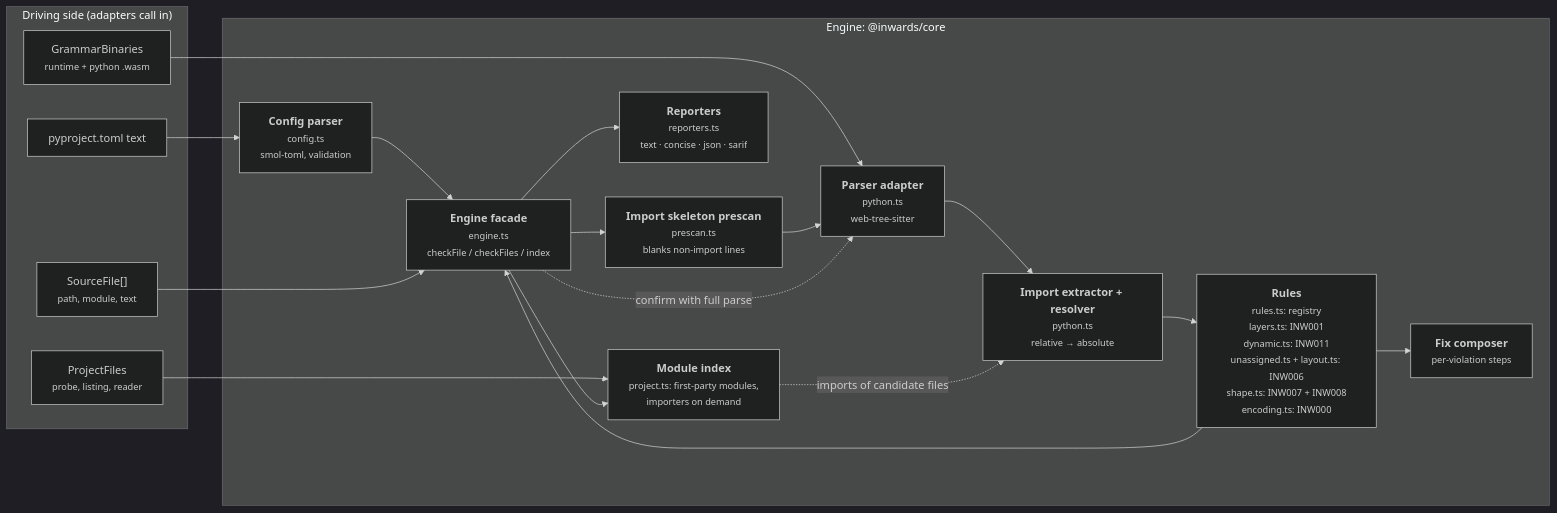
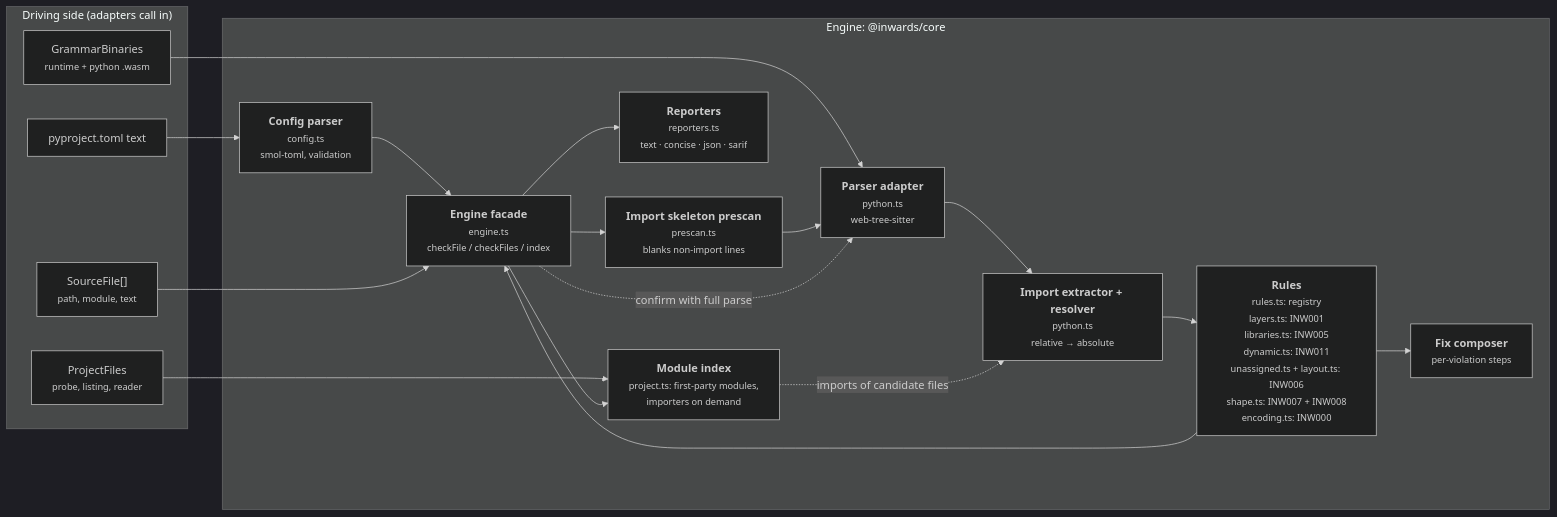
One commit to SirCypkowskyy/inwards changed the third of 6 diagrams in docs/chapters/03-Architecture-C4.md. Above: the diagram before and after it, drawn with Mermaid (dark theme). The commit also changed other lines of this file and 14 other files, not shown here.

First line of the commit message:
feat(rules): add INW005, libraries per layer

````diff
--- a/docs/chapters/03-Architecture-C4.md
+++ b/docs/chapters/03-Architecture-C4.md
@@ -99,33 +99,33 @@
 ```mermaid
 flowchart LR
     subgraph driving["Driving side (adapters call in)"]
         files["SourceFile[]<br/><small>path, module, text</small>"]
         pfiles["ProjectFiles<br/><small>probe, listing, reader</small>"]
         cfgtext["pyproject.toml text"]
         wasm["GrammarBinaries<br/><small>runtime + python .wasm</small>"]
     end
 
     subgraph enginebox["Engine: @inwards/core"]
         config["<b>Config parser</b><br/><small>config.ts<br/>smol-toml, validation</small>"]
         pre["<b>Import skeleton prescan</b><br/><small>prescan.ts<br/>blanks non-import lines</small>"]
         parser["<b>Parser adapter</b><br/><small>python.ts<br/>web-tree-sitter</small>"]
         extract["<b>Import extractor + resolver</b><br/><small>python.ts<br/>relative → absolute</small>"]
-        rules["<b>Rules</b><br/><small>rules.ts: registry<br/>layers.ts: INW001<br/>dynamic.ts: INW011<br/>unassigned.ts + layout.ts: INW006<br/>shape.ts: INW007 + INW008<br/>encoding.ts: INW000</small>"]
+        rules["<b>Rules</b><br/><small>rules.ts: registry<br/>layers.ts: INW001<br/>libraries.ts: INW005<br/>dynamic.ts: INW011<br/>unassigned.ts + layout.ts: INW006<br/>shape.ts: INW007 + INW008<br/>encoding.ts: INW000</small>"]
         fix["<b>Fix composer</b><br/><small>per-violation steps</small>"]
         report["<b>Reporters</b><br/><small>reporters.ts<br/>text · concise · json · sarif</small>"]
         engine["<b>Engine facade</b><br/><small>engine.ts<br/>checkFile / checkFiles / index</small>"]
         modgraph["<b>Module index</b><br/><small>project.ts: first-party modules,<br/>importers on demand</small>"]
     end
 
     cfgtext --> config --> engine
     wasm --> parser
     files --> engine
     engine --> pre --> parser --> extract --> rules
     rules --> fix
     rules --> engine
     engine -. "confirm with full parse" .-> parser
     pfiles --> modgraph
     engine --> modgraph
     modgraph -. "imports of candidate files" .-> extract
     engine --> report
 ```
````
